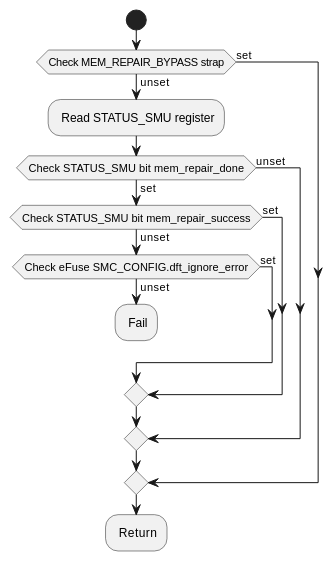
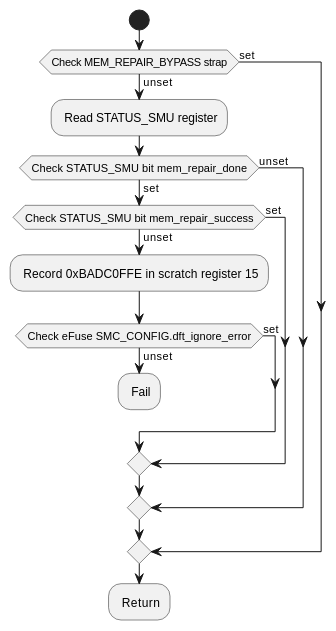
One commit to tenstorrent/tt-oca-harness changed the second of 6 diagrams in doc/programmer/src/smc-programming.adoc. Above: the diagram before and after it, drawn with PlantUML. The commit also changed other lines of this file and 2 other files, not shown here.

```diff
--- a/doc/programmer/src/smc-programming.adoc
+++ b/doc/programmer/src/smc-programming.adoc
@@ -214,23 +215,24 @@
 [plantuml,ocah-smc-metal-memory-repair-check,svg,width=50.0%,align="center"]
 ----
 @startuml
 start
 if (Check MEM_REPAIR_BYPASS strap) then (set)
 else (unset)
   : Read STATUS_SMU register;
   if (Check STATUS_SMU bit mem_repair_done) then (unset)
   else (set)
     if (Check STATUS_SMU bit mem_repair_success) then (set)
     else (unset)
+      : Record 0xBADC0FFE in scratch register 15;
       if (Check eFuse SMC_CONFIG.dft_ignore_error) then (set)
       else (unset)
         : Fail;
         kill
       endif
     endif
   endif
 endif
 : Return;
 kill
 @enduml
 ----
```
